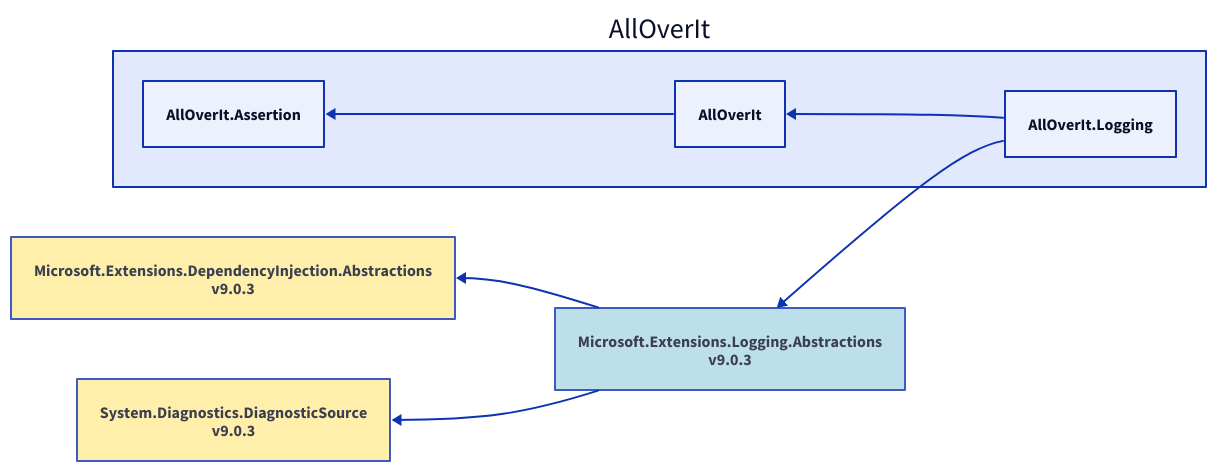
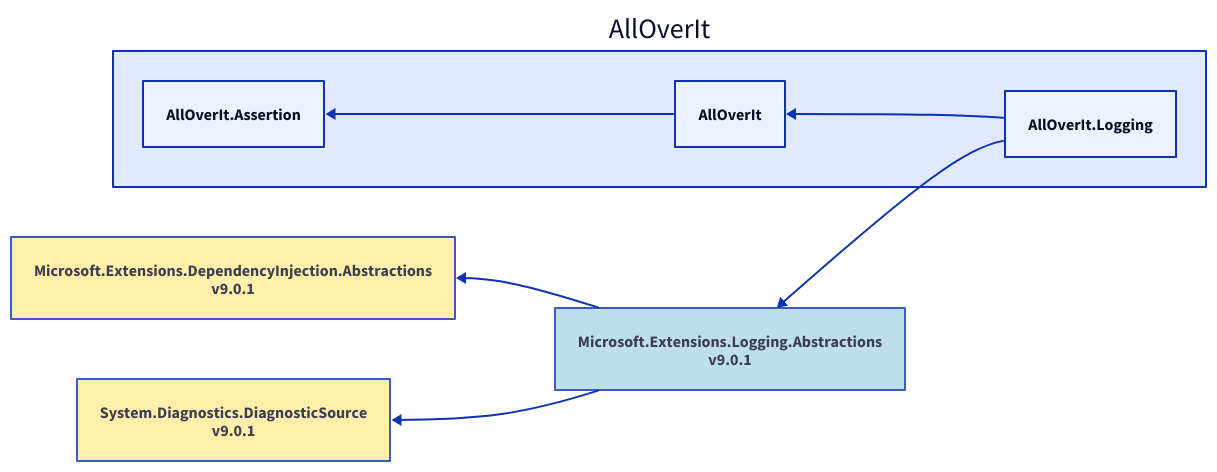
One commit to mjfreelancing/AllOverIt changed the diagram in Docs/Reference/Content/images/dependencies/net8.0/alloverit-logging.d2. Above: the diagram before and after it, drawn with D2. The commit also changed 65 other files, not shown here.

```diff
--- a/Docs/Reference/Content/images/dependencies/net8.0/alloverit-logging.d2
+++ b/Docs/Reference/Content/images/dependencies/net8.0/alloverit-logging.d2
@@ -1,20 +1,20 @@
 direction: left
 
 aoi: AllOverIt
 aoi.alloverit-logging: AllOverIt.Logging
-microsoft-extensions-logging-abstractions_9-0-3: Microsoft.Extensions.Logging.Abstractions\nv9.0.3
-microsoft-extensions-logging-abstractions_9-0-3.style.fill: "#ADD8E6"
-microsoft-extensions-logging-abstractions_9-0-3.style.opacity: 0.8
-microsoft-extensions-dependencyinjection-abstractions_9-0-3: Microsoft.Extensions.DependencyInjection.Abstractions\nv9.0.3
-microsoft-extensions-dependencyinjection-abstractions_9-0-3.style.fill: "#FFEC96"
-microsoft-extensions-dependencyinjection-abstractions_9-0-3.style.opacity: 0.8
-microsoft-extensions-dependencyinjection-abstractions_9-0-3 <- microsoft-extensions-logging-abstractions_9-0-3
-system-diagnostics-diagnosticsource_9-0-3: System.Diagnostics.DiagnosticSource\nv9.0.3
-system-diagnostics-diagnosticsource_9-0-3.style.fill: "#FFEC96"
-system-diagnostics-diagnosticsource_9-0-3.style.opacity: 0.8
-system-diagnostics-diagnosticsource_9-0-3 <- microsoft-extensions-logging-abstractions_9-0-3
-microsoft-extensions-logging-abstractions_9-0-3 <- aoi.alloverit-logging
+microsoft-extensions-logging-abstractions_9-0-1: Microsoft.Extensions.Logging.Abstractions\nv9.0.1
+microsoft-extensions-logging-abstractions_9-0-1.style.fill: "#ADD8E6"
+microsoft-extensions-logging-abstractions_9-0-1.style.opacity: 0.8
+microsoft-extensions-dependencyinjection-abstractions_9-0-1: Microsoft.Extensions.DependencyInjection.Abstractions\nv9.0.1
+microsoft-extensions-dependencyinjection-abstractions_9-0-1.style.fill: "#FFEC96"
+microsoft-extensions-dependencyinjection-abstractions_9-0-1.style.opacity: 0.8
+microsoft-extensions-dependencyinjection-abstractions_9-0-1 <- microsoft-extensions-logging-abstractions_9-0-1
+system-diagnostics-diagnosticsource_9-0-1: System.Diagnostics.DiagnosticSource\nv9.0.1
+system-diagnostics-diagnosticsource_9-0-1.style.fill: "#FFEC96"
+system-diagnostics-diagnosticsource_9-0-1.style.opacity: 0.8
+system-diagnostics-diagnosticsource_9-0-1 <- microsoft-extensions-logging-abstractions_9-0-1
+microsoft-extensions-logging-abstractions_9-0-1 <- aoi.alloverit-logging
 aoi.alloverit: AllOverIt
 aoi.alloverit-assertion: AllOverIt.Assertion
 aoi.alloverit-assertion <- aoi.alloverit
 aoi.alloverit <- aoi.alloverit-logging
```
